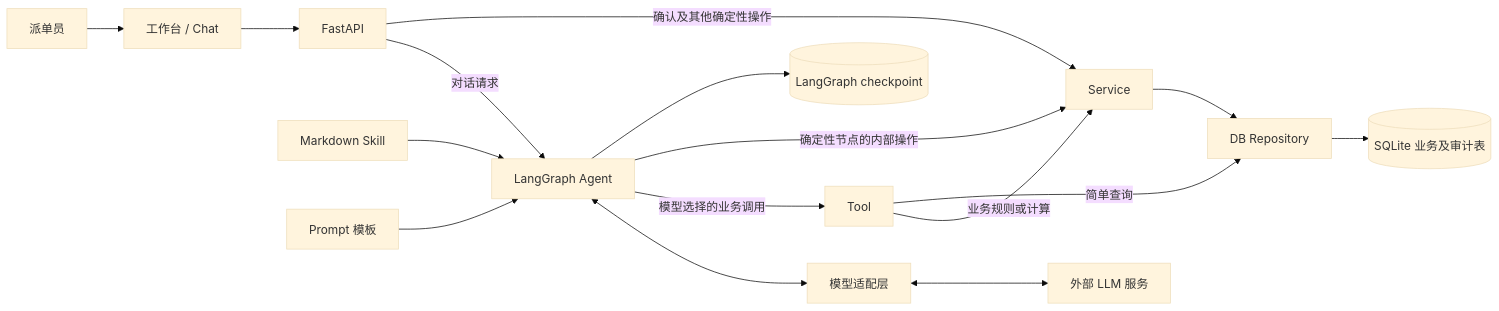
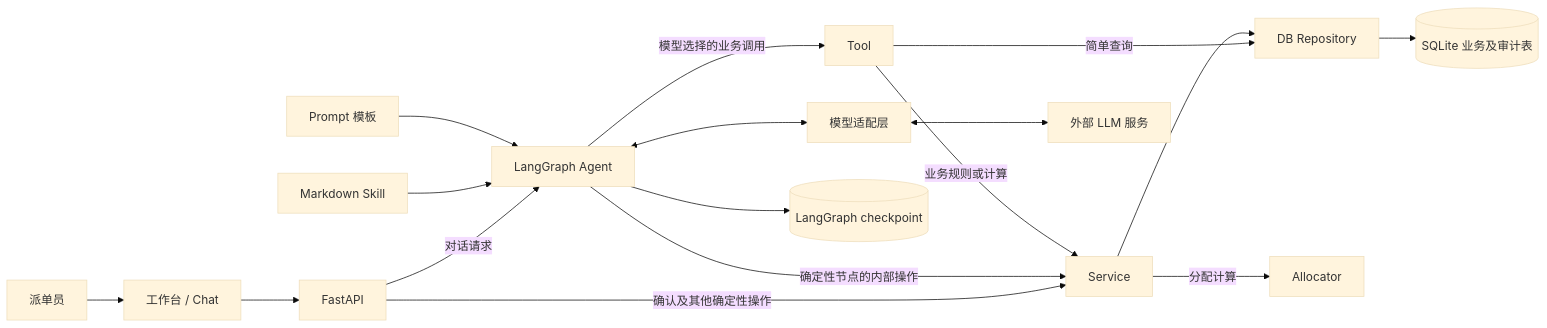
One commit to zh72640/dss5105_project changed the diagram in docs/architecture.md. Above: the diagram before and after it, drawn with Mermaid (base theme). The commit also changed other lines of this file and 25 other files, not shown here.

````diff
--- a/docs/architecture.md
+++ b/docs/architecture.md
@@ -21,18 +22,19 @@
 ```mermaid
 flowchart LR
     USER[派单员] --> UI[工作台 / Chat]
     UI --> API[FastAPI]
     API -->|对话请求| AGENT[LangGraph Agent]
     API -->|确认及其他确定性操作| SERVICE[Service]
     SKILL[Markdown Skill] --> AGENT
     PROMPT[Prompt 模板] --> AGENT
     AGENT <--> MODEL[模型适配层]
     MODEL <--> LLM[外部 LLM 服务]
     AGENT -->|模型选择的业务调用| TOOL[Tool]
     AGENT -->|确定性节点的内部操作| SERVICE
     TOOL -->|业务规则或计算| SERVICE
     TOOL -->|简单查询| REPO[DB Repository]
+    SERVICE -->|分配计算| ALLOC[Allocator]
     SERVICE --> REPO
     REPO --> FACTS[(SQLite 业务及审计表)]
     AGENT --> CHECKPOINT[(LangGraph checkpoint)]
 ```
````
